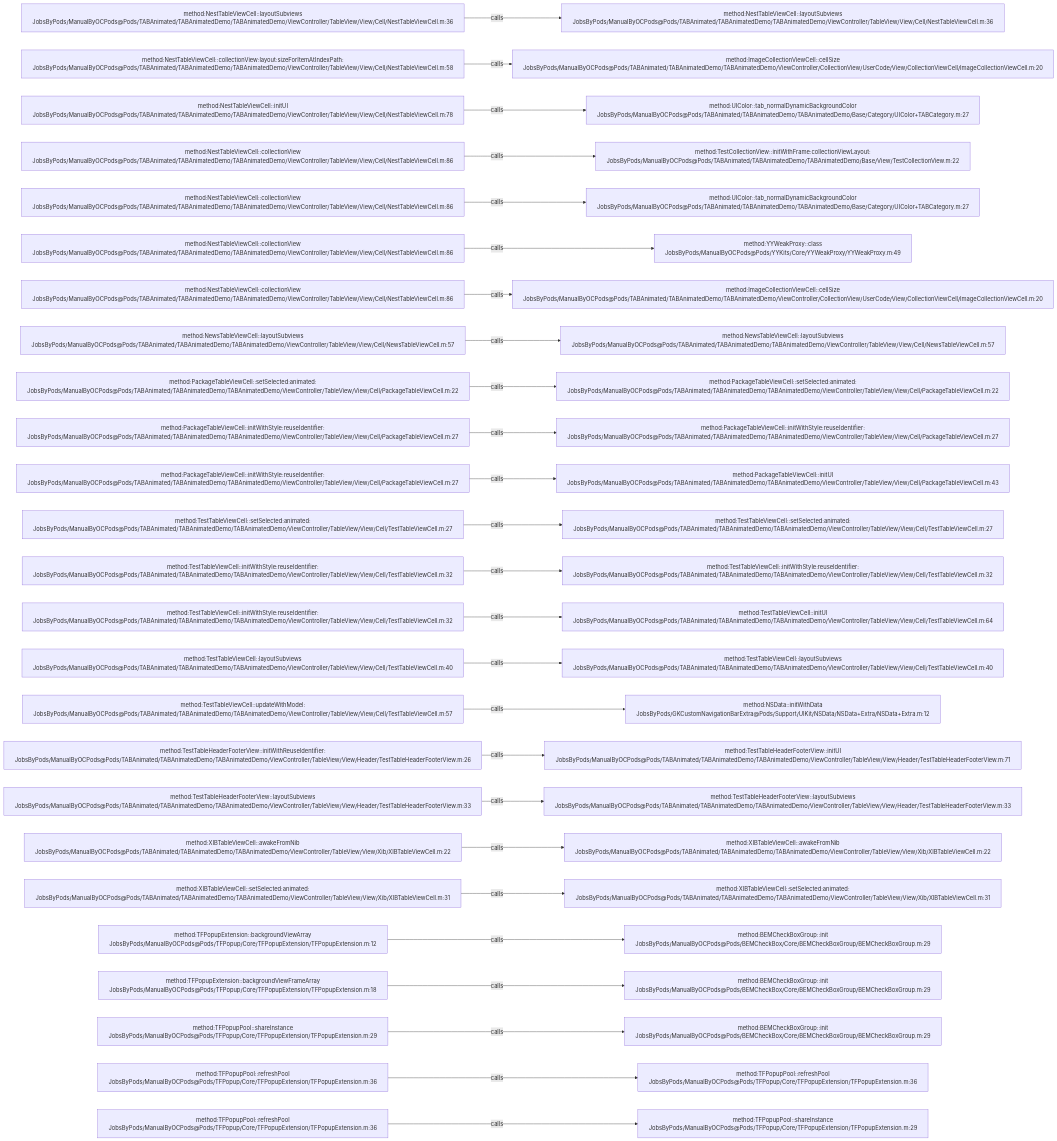
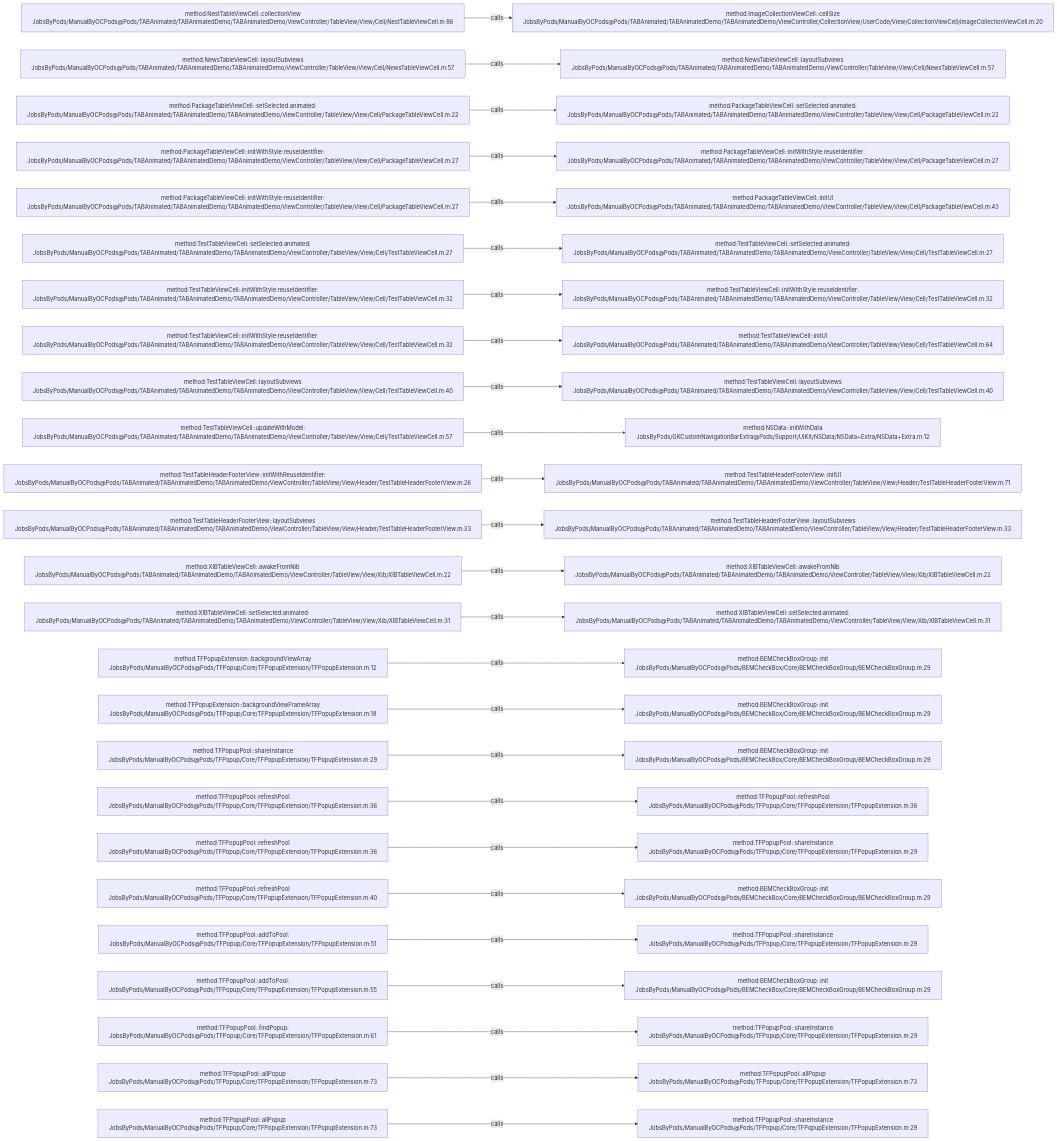
The diagram in .codegraph/codegraph.md/graphs/calls-060.md (JobsKits/JobsOCBaseConfigDemo), drawn with Mermaid before and after one commit. The commit also changed 666 other files, not shown here.

````diff
--- a/.codegraph/codegraph.md/graphs/calls-060.md
+++ b/.codegraph/codegraph.md/graphs/calls-060.md
@@ -13,78 +13,78 @@
 ```mermaid
 flowchart LR
-  S1["method:NestTableViewCell::layoutSubviews<br/>JobsByPods/ManualByOCPods@Pods/TABAnimated/TABAnimatedDemo/TABAnimatedDemo/ViewController/TableView/View/Cell/NestTableViewCell.m:36"]
-  T1["method:NestTableViewCell::layoutSubviews<br/>JobsByPods/ManualByOCPods@Pods/TABAnimated/TABAnimatedDemo/TABAnimatedDemo/ViewController/TableView/View/Cell/NestTableViewCell.m:36"]
+  S1["method:NestTableViewCell::collectionView<br/>JobsByPods/ManualByOCPods@Pods/TABAnimated/TABAnimatedDemo/TABAnimatedDemo/ViewController/TableView/View/Cell/NestTableViewCell.m:86"]
+  T1["method:ImageCollectionViewCell::cellSize<br/>JobsByPods/ManualByOCPods@Pods/TABAnimated/TABAnimatedDemo/TABAnimatedDemo/ViewController/CollectionView/UserCode/View/CollectionViewCell/ImageCollectionViewCell.m:20"]
   S1 -->|calls| T1
-  S2["method:NestTableViewCell::collectionView:layout:sizeForItemAtIndexPath:<br/>JobsByPods/ManualByOCPods@Pods/TABAnimated/TABAnimatedDemo/TABAnimatedDemo/ViewController/TableView/View/Cell/NestTableViewCell.m:58"]
-  T2["method:ImageCollectionViewCell::cellSize<br/>JobsByPods/ManualByOCPods@Pods/TABAnimated/TABAnimatedDemo/TABAnimatedDemo/ViewController/CollectionView/UserCode/View/CollectionViewCell/ImageCollectionViewCell.m:20"]
+  S2["method:NewsTableViewCell::layoutSubviews<br/>JobsByPods/ManualByOCPods@Pods/TABAnimated/TABAnimatedDemo/TABAnimatedDemo/ViewController/TableView/View/Cell/NewsTableViewCell.m:57"]
+  T2["method:NewsTableViewCell::layoutSubviews<br/>JobsByPods/ManualByOCPods@Pods/TABAnimated/TABAnimatedDemo/TABAnimatedDemo/ViewController/TableView/View/Cell/NewsTableViewCell.m:57"]
   S2 -->|calls| T2
-  S3["method:NestTableViewCell::initUI<br/>JobsByPods/ManualByOCPods@Pods/TABAnimated/TABAnimatedDemo/TABAnimatedDemo/ViewController/TableView/View/Cell/NestTableViewCell.m:78"]
-  T3["method:UIColor::tab_normalDynamicBackgroundColor<br/>JobsByPods/ManualByOCPods@Pods/TABAnimated/TABAnimatedDemo/TABAnimatedDemo/Base/Category/UIColor+TABCategory.m:27"]
+  S3["method:PackageTableViewCell::setSelected:animated:<br/>JobsByPods/ManualByOCPods@Pods/TABAnimated/TABAnimatedDemo/TABAnimatedDemo/ViewController/TableView/View/Cell/PackageTableViewCell.m:22"]
+  T3["method:PackageTableViewCell::setSelected:animated:<br/>JobsByPods/ManualByOCPods@Pods/TABAnimated/TABAnimatedDemo/TABAnimatedDemo/ViewController/TableView/View/Cell/PackageTableViewCell.m:22"]
   S3 -->|calls| T3
-  S4["method:NestTableViewCell::collectionView<br/>JobsByPods/ManualByOCPods@Pods/TABAnimated/TABAnimatedDemo/TABAnimatedDemo/ViewController/TableView/View/Cell/NestTableViewCell.m:86"]
-  T4["method:TestCollectionView::initWithFrame:collectionViewLayout:<br/>JobsByPods/ManualByOCPods@Pods/TABAnimated/TABAnimatedDemo/TABAnimatedDemo/Base/View/TestCollectionView.m:22"]
+  S4["method:PackageTableViewCell::initWithStyle:reuseIdentifier:<br/>JobsByPods/ManualByOCPods@Pods/TABAnimated/TABAnimatedDemo/TABAnimatedDemo/ViewController/TableView/View/Cell/PackageTableViewCell.m:27"]
+  T4["method:PackageTableViewCell::initWithStyle:reuseIdentifier:<br/>JobsByPods/ManualByOCPods@Pods/TABAnimated/TABAnimatedDemo/TABAnimatedDemo/ViewController/TableView/View/Cell/PackageTableViewCell.m:27"]
   S4 -->|calls| T4
-  S5["method:NestTableViewCell::collectionView<br/>JobsByPods/ManualByOCPods@Pods/TABAnimated/TABAnimatedDemo/TABAnimatedDemo/ViewController/TableView/View/Cell/NestTableViewCell.m:86"]
-  T5["method:UIColor::tab_normalDynamicBackgroundColor<br/>JobsByPods/ManualByOCPods@Pods/TABAnimated/TABAnimatedDemo/TABAnimatedDemo/Base/Category/UIColor+TABCategory.m:27"]
+  S5["method:PackageTableViewCell::initWithStyle:reuseIdentifier:<br/>JobsByPods/ManualByOCPods@Pods/TABAnimated/TABAnimatedDemo/TABAnimatedDemo/ViewController/TableView/View/Cell/PackageTableViewCell.m:27"]
+  T5["method:PackageTableViewCell::initUI<br/>JobsByPods/ManualByOCPods@Pods/TABAnimated/TABAnimatedDemo/TABAnimatedDemo/ViewController/TableView/View/Cell/PackageTableViewCell.m:43"]
   S5 -->|calls| T5
-  S6["method:NestTableViewCell::collectionView<br/>JobsByPods/ManualByOCPods@Pods/TABAnimated/TABAnimatedDemo/TABAnimatedDemo/ViewController/TableView/View/Cell/NestTableViewCell.m:86"]
-  T6["method:YYWeakProxy::class<br/>JobsByPods/ManualByOCPods@Pods/YYKits/Core/YYWeakProxy/YYWeakProxy.m:49"]
+  S6["method:TestTableViewCell::setSelected:animated:<br/>JobsByPods/ManualByOCPods@Pods/TABAnimated/TABAnimatedDemo/TABAnimatedDemo/ViewController/TableView/View/Cell/TestTableViewCell.m:27"]
+  T6["method:TestTableViewCell::setSelected:animated:<br/>JobsByPods/ManualByOCPods@Pods/TABAnimated/TABAnimatedDemo/TABAnimatedDemo/ViewController/TableView/View/Cell/TestTableViewCell.m:27"]
   S6 -->|calls| T6
-  S7["method:NestTableViewCell::collectionView<br/>JobsByPods/ManualByOCPods@Pods/TABAnimated/TABAnimatedDemo/TABAnimatedDemo/ViewController/TableView/View/Cell/NestTableViewCell.m:86"]
-  T7["method:ImageCollectionViewCell::cellSize<br/>JobsByPods/ManualByOCPods@Pods/TABAnimated/TABAnimatedDemo/TABAnimatedDemo/ViewController/CollectionView/UserCode/View/CollectionViewCell/ImageCollectionViewCell.m:20"]
+  S7["method:TestTableViewCell::initWithStyle:reuseIdentifier:<br/>JobsByPods/ManualByOCPods@Pods/TABAnimated/TABAnimatedDemo/TABAnimatedDemo/ViewController/TableView/View/Cell/TestTableViewCell.m:32"]
+  T7["method:TestTableViewCell::initWithStyle:reuseIdentifier:<br/>JobsByPods/ManualByOCPods@Pods/TABAnimated/TABAnimatedDemo/TABAnimatedDemo/ViewController/TableView/View/Cell/TestTableViewCell.m:32"]
   S7 -->|calls| T7
-  S8["method:NewsTableViewCell::layoutSubviews<br/>JobsByPods/ManualByOCPods@Pods/TABAnimated/TABAnimatedDemo/TABAnimatedDemo/ViewController/TableView/View/Cell/NewsTableViewCell.m:57"]
-  T8["method:NewsTableViewCell::layoutSubviews<br/>JobsByPods/ManualByOCPods@Pods/TABAnimated/TABAnimatedDemo/TABAnimatedDemo/ViewController/TableView/View/Cell/NewsTableViewCell.m:57"]
+  S8["method:TestTableViewCell::initWithStyle:reuseIdentifier:<br/>JobsByPods/ManualByOCPods@Pods/TABAnimated/TABAnimatedDemo/TABAnimatedDemo/ViewController/TableView/View/Cell/TestTableViewCell.m:32"]
+  T8["method:TestTableViewCell::initUI<br/>JobsByPods/ManualByOCPods@Pods/TABAnimated/TABAnimatedDemo/TABAnimatedDemo/ViewController/TableView/View/Cell/TestTableViewCell.m:64"]
   S8 -->|calls| T8
-  S9["method:PackageTableViewCell::setSelected:animated:<br/>JobsByPods/ManualByOCPods@Pods/TABAnimated/TABAnimatedDemo/TABAnimatedDemo/ViewController/TableView/View/Cell/PackageTableViewCell.m:22"]
-  T9["method:PackageTableViewCell::setSelected:animated:<br/>JobsByPods/ManualByOCPods@Pods/TABAnimated/TABAnimatedDemo/TABAnimatedDemo/ViewController/TableView/View/Cell/PackageTableViewCell.m:22"]
+  S9["method:TestTableViewCell::layoutSubviews<br/>JobsByPods/ManualByOCPods@Pods/TABAnimated/TABAnimatedDemo/TABAnimatedDemo/ViewController/TableView/View/Cell/TestTableViewCell.m:40"]
+  T9["method:TestTableViewCell::layoutSubviews<br/>JobsByPods/ManualByOCPods@Pods/TABAnimated/TABAnimatedDemo/TABAnimatedDemo/ViewController/TableView/View/Cell/TestTableViewCell.m:40"]
   S9 -->|calls| T9
-  S10["method:PackageTableViewCell::initWithStyle:reuseIdentifier:<br/>JobsByPods/ManualByOCPods@Pods/TABAnimated/TABAnimatedDemo/TABAnimatedDemo/ViewController/TableView/View/Cell/PackageTableViewCell.m:27"]
-  T10["method:PackageTableViewCell::initWithStyle:reuseIdentifier:<br/>JobsByPods/ManualByOCPods@Pods/TABAnimated/TABAnimatedDemo/TABAnimatedDemo/ViewController/TableView/View/Cell/PackageTableViewCell.m:27"]
+  S10["method:TestTableViewCell::updateWithModel:<br/>JobsByPods/ManualByOCPods@Pods/TABAnimated/TABAnimatedDemo/TABAnimatedDemo/ViewController/TableView/View/Cell/TestTableViewCell.m:57"]
+  T10["method:NSData::initWithData<br/>JobsByPods/GKCustomNavigationBarExtra@Pods/Support/UIKit/NSData/NSData+Extra/NSData+Extra.m:12"]
   S10 -->|calls| T10
-  S11["method:PackageTableViewCell::initWithStyle:reuseIdentifier:<br/>JobsByPods/ManualByOCPods@Pods/TABAnimated/TABAnimatedDemo/TABAnimatedDemo/ViewController/TableView/View/Cell/PackageTableViewCell.m:27"]
-  T11["method:PackageTableViewCell::initUI<br/>JobsByPods/ManualByOCPods@Pods/TABAnimated/TABAnimatedDemo/TABAnimatedDemo/ViewController/TableView/View/Cell/PackageTableViewCell.m:43"]
+  S11["method:TestTableHeaderFooterView::initWithReuseIdentifier:<br/>JobsByPods/ManualByOCPods@Pods/TABAnimated/TABAnimatedDemo/TABAnimatedDemo/ViewController/TableView/View/Header/TestTableHeaderFooterView.m:26"]
+  T11["method:TestTableHeaderFooterView::initUI<br/>JobsByPods/ManualByOCPods@Pods/TABAnimated/TABAnimatedDemo/TABAnimatedDemo/ViewController/TableView/View/Header/TestTableHeaderFooterView.m:71"]
   S11 -->|calls| T11
-  S12["method:TestTableViewCell::setSelected:animated:<br/>JobsByPods/ManualByOCPods@Pods/TABAnimated/TABAnimatedDemo/TABAnimatedDemo/ViewController/TableView/View/Cell/TestTableViewCell.m:27"]
-  T12["method:TestTableViewCell::setSelected:animated:<br/>JobsByPods/ManualByOCPods@Pods/TABAnimated/TABAnimatedDemo/TABAnimatedDemo/ViewController/TableView/View/Cell/TestTableViewCell.m:27"]
+  S12["method:TestTableHeaderFooterView::layoutSubviews<br/>JobsByPods/ManualByOCPods@Pods/TABAnimated/TABAnimatedDemo/TABAnimatedDemo/ViewController/TableView/View/Header/TestTableHeaderFooterView.m:33"]
+  T12["method:TestTableHeaderFooterView::layoutSubviews<br/>JobsByPods/ManualByOCPods@Pods/TABAnimated/TABAnimatedDemo/TABAnimatedDemo/ViewController/TableView/View/Header/TestTableHeaderFooterView.m:33"]
   S12 -->|calls| T12
-  S13["method:TestTableViewCell::initWithStyle:reuseIdentifier:<br/>JobsByPods/ManualByOCPods@Pods/TABAnimated/TABAnimatedDemo/TABAnimatedDemo/ViewController/TableView/View/Cell/TestTableViewCell.m:32"]
-  T13["method:TestTableViewCell::initWithStyle:reuseIdentifier:<br/>JobsByPods/ManualByOCPods@Pods/TABAnimated/TABAnimatedDemo/TABAnimatedDemo/ViewController/TableView/View/Cell/TestTableViewCell.m:32"]
+  S13["method:XIBTableViewCell::awakeFromNib<br/>JobsByPods/ManualByOCPods@Pods/TABAnimated/TABAnimatedDemo/TABAnimatedDemo/ViewController/TableView/View/Xib/XIBTableViewCell.m:22"]
+  T13["method:XIBTableViewCell::awakeFromNib<br/>JobsByPods/ManualByOCPods@Pods/TABAnimated/TABAnimatedDemo/TABAnimatedDemo/ViewController/TableView/View/Xib/XIBTableViewCell.m:22"]
   S13 -->|calls| T13
-  S14["method:TestTableViewCell::initWithStyle:reuseIdentifier:<br/>JobsByPods/ManualByOCPods@Pods/TABAnimated/TABAnimatedDemo/TABAnimatedDemo/ViewController/TableView/View/Cell/TestTableViewCell.m:32"]
-  T14["method:TestTableViewCell::initUI<br/>JobsByPods/ManualByOCPods@Pods/TABAnimated/TABAnimatedDemo/TABAnimatedDemo/ViewController/TableView/View/Cell/TestTableViewCell.m:64"]
+  S14["method:XIBTableViewCell::setSelected:animated:<br/>JobsByPods/ManualByOCPods@Pods/TABAnimated/TABAnimatedDemo/TABAnimatedDemo/ViewController/TableView/View/Xib/XIBTableViewCell.m:31"]
+  T14["method:XIBTableViewCell::setSelected:animated:<br/>JobsByPods/ManualByOCPods@Pods/TABAnimated/TABAnimatedDemo/TABAnimatedDemo/ViewController/TableView/View/Xib/XIBTableViewCell.m:31"]
   S14 -->|calls| T14
-  S15["method:TestTableViewCell::layoutSubviews<br/>JobsByPods/ManualByOCPods@Pods/TABAnimated/TABAnimatedDemo/TABAnimatedDemo/ViewController/TableView/View/Cell/TestTableViewCell.m:40"]
-  T15["method:TestTableViewCell::layoutSubviews<br/>JobsByPods/ManualByOCPods@Pods/TABAnimated/TABAnimatedDemo/TABAnimatedDemo/ViewController/TableView/View/Cell/TestTableViewCell.m:40"]
+  S15["method:TFPopupExtension::backgroundViewArray<br/>JobsByPods/ManualByOCPods@Pods/TFPopup/Core/TFPopupExtension/TFPopupExtension.m:12"]
+  T15["method:BEMCheckBoxGroup::init<br/>JobsByPods/ManualByOCPods@Pods/BEMCheckBox/Core/BEMCheckBoxGroup/BEMCheckBoxGroup.m:29"]
   S15 -->|calls| T15
-  S16["method:TestTableViewCell::updateWithModel:<br/>JobsByPods/ManualByOCPods@Pods/TABAnimated/TABAnimatedDemo/TABAnimatedDemo/ViewController/TableView/View/Cell/TestTableViewCell.m:57"]
-  T16["method:NSData::initWithData<br/>JobsByPods/GKCustomNavigationBarExtra@Pods/Support/UIKit/NSData/NSData+Extra/NSData+Extra.m:12"]
+  S16["method:TFPopupExtension::backgroundViewFrameArray<br/>JobsByPods/ManualByOCPods@Pods/TFPopup/Core/TFPopupExtension/TFPopupExtension.m:18"]
+  T16["method:BEMCheckBoxGroup::init<br/>JobsByPods/ManualByOCPods@Pods/BEMCheckBox/Core/BEMCheckBoxGroup/BEMCheckBoxGroup.m:29"]
   S16 -->|calls| T16
-  S17["method:TestTableHeaderFooterView::initWithReuseIdentifier:<br/>JobsByPods/ManualByOCPods@Pods/TABAnimated/TABAnimatedDemo/TABAnimatedDemo/ViewController/TableView/View/Header/TestTableHeaderFooterView.m:26"]
-  T17["method:TestTableHeaderFooterView::initUI<br/>JobsByPods/ManualByOCPods@Pods/TABAnimated/TABAnimatedDemo/TABAnimatedDemo/ViewController/TableView/View/Header/TestTableHeaderFooterView.m:71"]
+  S17["method:TFPopupPool::shareInstance<br/>JobsByPods/ManualByOCPods@Pods/TFPopup/Core/TFPopupExtension/TFPopupExtension.m:29"]
+  T17["method:BEMCheckBoxGroup::init<br/>JobsByPods/ManualByOCPods@Pods/BEMCheckBox/Core/BEMCheckBoxGroup/BEMCheckBoxGroup.m:29"]
   S17 -->|calls| T17
-  S18["method:TestTableHeaderFooterView::layoutSubviews<br/>JobsByPods/ManualByOCPods@Pods/TABAnimated/TABAnimatedDemo/TABAnimatedDemo/ViewController/TableView/View/Header/TestTableHeaderFooterView.m:33"]
-  T18["method:TestTableHeaderFooterView::layoutSubviews<br/>JobsByPods/ManualByOCPods@Pods/TABAnimated/TABAnimatedDemo/TABAnimatedDemo/ViewController/TableView/View/Header/TestTableHeaderFooterView.m:33"]
+  S18["method:TFPopupPool::refreshPool<br/>JobsByPods/ManualByOCPods@Pods/TFPopup/Core/TFPopupExtension/TFPopupExtension.m:36"]
+  T18["method:TFPopupPool::refreshPool<br/>JobsByPods/ManualByOCPods@Pods/TFPopup/Core/TFPopupExtension/TFPopupExtension.m:36"]
   S18 -->|calls| T18
-  S19["method:XIBTableViewCell::awakeFromNib<br/>JobsByPods/ManualByOCPods@Pods/TABAnimated/TABAnimatedDemo/TABAnimatedDemo/ViewController/TableView/View/Xib/XIBTableViewCell.m:22"]
-  T19["method:XIBTableViewCell::awakeFromNib<br/>JobsByPods/ManualByOCPods@Pods/TABAnimated/TABAnimatedDemo/TABAnimatedDemo/ViewController/TableView/View/Xib/XIBTableViewCell.m:22"]
+  S19["method:TFPopupPool::refreshPool<br/>JobsByPods/ManualByOCPods@Pods/TFPopup/Core/TFPopupExtension/TFPopupExtension.m:36"]
+  T19["method:TFPopupPool::shareInstance<br/>JobsByPods/ManualByOCPods@Pods/TFPopup/Core/TFPopupExtension/TFPopupExtension.m:29"]
   S19 -->|calls| T19
-  S20["method:XIBTableViewCell::setSelected:animated:<br/>JobsByPods/ManualByOCPods@Pods/TABAnimated/TABAnimatedDemo/TABAnimatedDemo/ViewController/TableView/View/Xib/XIBTableViewCell.m:31"]
-  T20["method:XIBTableViewCell::setSelected:animated:<br/>JobsByPods/ManualByOCPods@Pods/TABAnimated/TABAnimatedDemo/TABAnimatedDemo/ViewController/TableView/View/Xib/XIBTableViewCell.m:31"]
+  S20["method:TFPopupPool::refreshPool<br/>JobsByPods/ManualByOCPods@Pods/TFPopup/Core/TFPopupExtension/TFPopupExtension.m:40"]
+  T20["method:BEMCheckBoxGroup::init<br/>JobsByPods/ManualByOCPods@Pods/BEMCheckBox/Core/BEMCheckBoxGroup/BEMCheckBoxGroup.m:29"]
   S20 -->|calls| T20
-  S21["method:TFPopupExtension::backgroundViewArray<br/>JobsByPods/ManualByOCPods@Pods/TFPopup/Core/TFPopupExtension/TFPopupExtension.m:12"]
-  T21["method:BEMCheckBoxGroup::init<br/>JobsByPods/ManualByOCPods@Pods/BEMCheckBox/Core/BEMCheckBoxGroup/BEMCheckBoxGroup.m:29"]
+  S21["method:TFPopupPool::addToPool:<br/>JobsByPods/ManualByOCPods@Pods/TFPopup/Core/TFPopupExtension/TFPopupExtension.m:51"]
+  T21["method:TFPopupPool::shareInstance<br/>JobsByPods/ManualByOCPods@Pods/TFPopup/Core/TFPopupExtension/TFPopupExtension.m:29"]
   S21 -->|calls| T21
-  S22["method:TFPopupExtension::backgroundViewFrameArray<br/>JobsByPods/ManualByOCPods@Pods/TFPopup/Core/TFPopupExtension/TFPopupExtension.m:18"]
+  S22["method:TFPopupPool::addToPool:<br/>JobsByPods/ManualByOCPods@Pods/TFPopup/Core/TFPopupExtension/TFPopupExtension.m:55"]
   T22["method:BEMCheckBoxGroup::init<br/>JobsByPods/ManualByOCPods@Pods/BEMCheckBox/Core/BEMCheckBoxGroup/BEMCheckBoxGroup.m:29"]
   S22 -->|calls| T22
-  S23["method:TFPopupPool::shareInstance<br/>JobsByPods/ManualByOCPods@Pods/TFPopup/Core/TFPopupExtension/TFPopupExtension.m:29"]
-  T23["method:BEMCheckBoxGroup::init<br/>JobsByPods/ManualByOCPods@Pods/BEMCheckBox/Core/BEMCheckBoxGroup/BEMCheckBoxGroup.m:29"]
+  S23["method:TFPopupPool::findPopup:<br/>JobsByPods/ManualByOCPods@Pods/TFPopup/Core/TFPopupExtension/TFPopupExtension.m:61"]
+  T23["method:TFPopupPool::shareInstance<br/>JobsByPods/ManualByOCPods@Pods/TFPopup/Core/TFPopupExtension/TFPopupExtension.m:29"]
   S23 -->|calls| T23
-  S24["method:TFPopupPool::refreshPool<br/>JobsByPods/ManualByOCPods@Pods/TFPopup/Core/TFPopupExtension/TFPopupExtension.m:36"]
-  T24["method:TFPopupPool::refreshPool<br/>JobsByPods/ManualByOCPods@Pods/TFPopup/Core/TFPopupExtension/TFPopupExtension.m:36"]
+  S24["method:TFPopupPool::allPopup<br/>JobsByPods/ManualByOCPods@Pods/TFPopup/Core/TFPopupExtension/TFPopupExtension.m:73"]
+  T24["method:TFPopupPool::allPopup<br/>JobsByPods/ManualByOCPods@Pods/TFPopup/Core/TFPopupExtension/TFPopupExtension.m:73"]
   S24 -->|calls| T24
-  S25["method:TFPopupPool::refreshPool<br/>JobsByPods/ManualByOCPods@Pods/TFPopup/Core/TFPopupExtension/TFPopupExtension.m:36"]
+  S25["method:TFPopupPool::allPopup<br/>JobsByPods/ManualByOCPods@Pods/TFPopup/Core/TFPopupExtension/TFPopupExtension.m:73"]
   T25["method:TFPopupPool::shareInstance<br/>JobsByPods/ManualByOCPods@Pods/TFPopup/Core/TFPopupExtension/TFPopupExtension.m:29"]
   S25 -->|calls| T25
 ```
````
